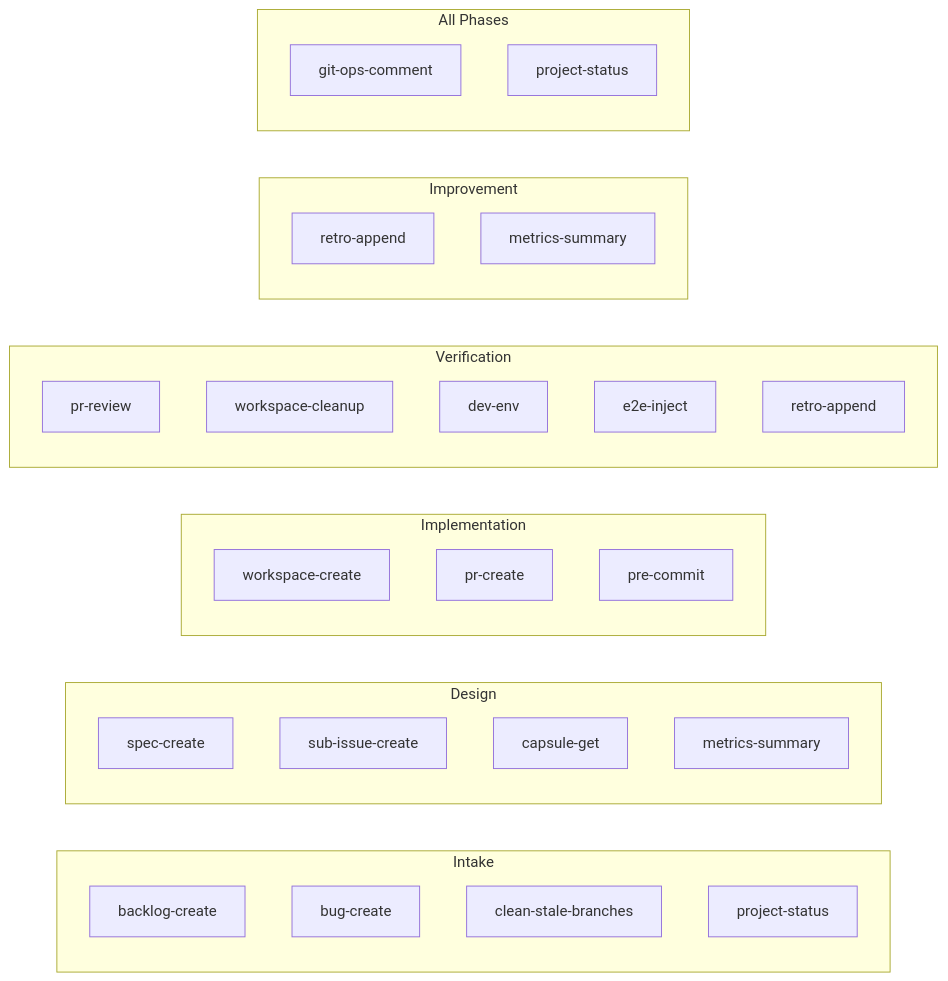
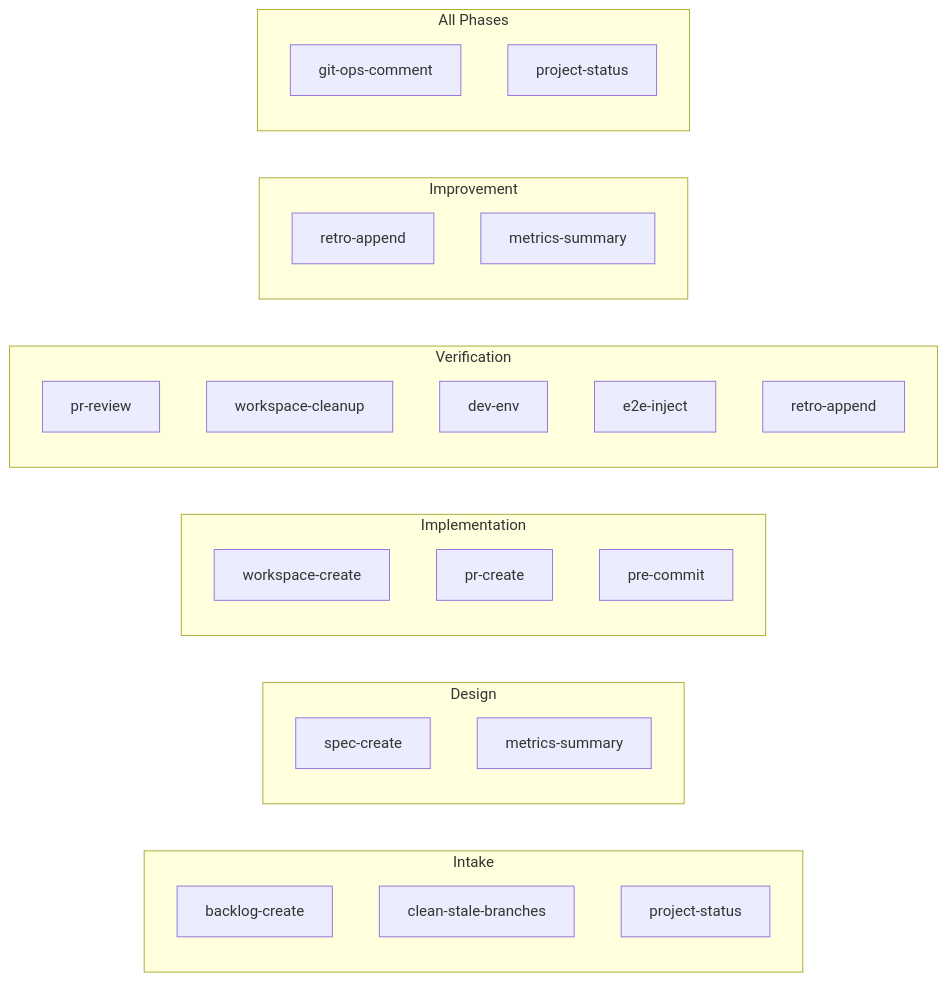
One commit to FredoAi/fredo changed the diagram in docs/workflow/04-scripts.md. Above: the diagram before and after it, drawn with Mermaid. The commit also changed other lines of this file and 23 other files, not shown here.

First line of the commit message:
refactor(workflow): unify bug+sPec pipeline, capsule comments, PR at completion, SI recurring gate

````diff
--- a/docs/workflow/04-scripts.md
+++ b/docs/workflow/04-scripts.md
@@ -34,40 +31,37 @@
 ```mermaid
 flowchart LR
     subgraph Intake
         BC[backlog-create]
-        BU[bug-create]
         CS[clean-stale-branches]
         PS[project-status]
     end
 
     subgraph Design
         SC[spec-create]
-        SIC[sub-issue-create]
-        CG[capsule-get]
         MS[metrics-summary]
     end
 
     subgraph Implementation
         WCR[workspace-create]
         PCR[pr-create]
         PC[pre-commit]
     end
 
     subgraph Verification
         PRV[pr-review]
         WC[workspace-cleanup]
         DE[dev-env]
         EI[e2e-inject]
         RA[retro-append]
     end
 
     subgraph Improvement
         RA2[retro-append]
         MS2[metrics-summary]
     end
 
     subgraph "All Phases"
         GOC[git-ops-comment]
         PS2[project-status]
     end
 ```
````
